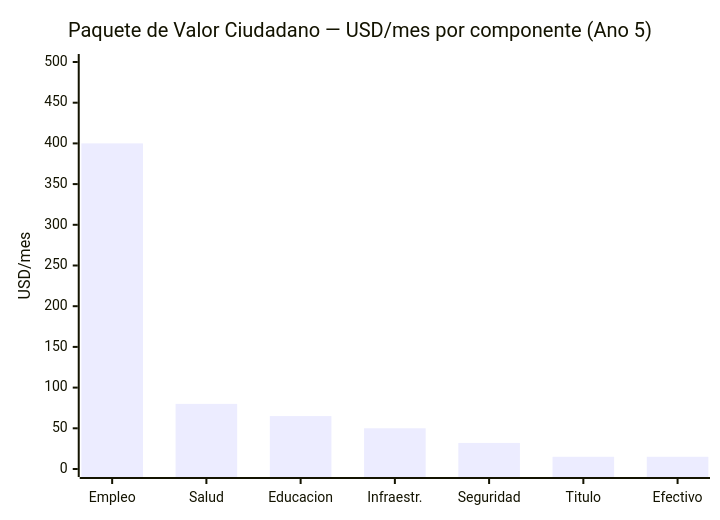
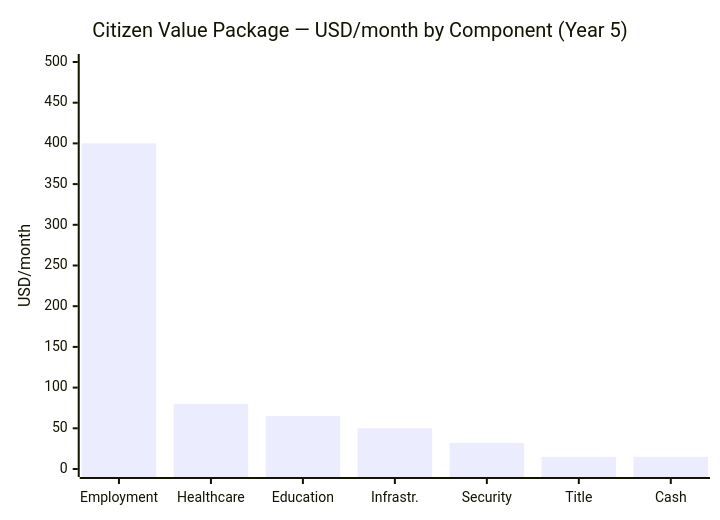
The diagram in i18n/en/docusaurus-plugin-content-docs/current/03-ciudadanos/los-que-se-quedaron.md (Venezuela-S-A/venezuela-sa), drawn with Mermaid before and after one commit. The commit also changed other lines of this file and 127 other files, not shown here.

````diff
--- a/i18n/en/docusaurus-plugin-content-docs/current/03-ciudadanos/los-que-se-quedaron.md
+++ b/i18n/en/docusaurus-plugin-content-docs/current/03-ciudadanos/los-que-se-quedaron.md
@@ -134,7 +134,7 @@
 ```mermaid
 xychart-beta
-    title "Paquete de Valor Ciudadano — USD/mes por componente (Ano 5)"
-    x-axis ["Empleo", "Salud", "Educacion", "Infraestr.", "Seguridad", "Titulo", "Efectivo"]
-    y-axis "USD/mes" 0 --> 500
+    title "Citizen Value Package — USD/month by Component (Year 5)"
+    x-axis ["Employment", "Healthcare", "Education", "Infrastr.", "Security", "Title", "Cash"]
+    y-axis "USD/month" 0 --> 500
     bar [400, 80, 65, 50, 32, 15, 15]
 ```
````
